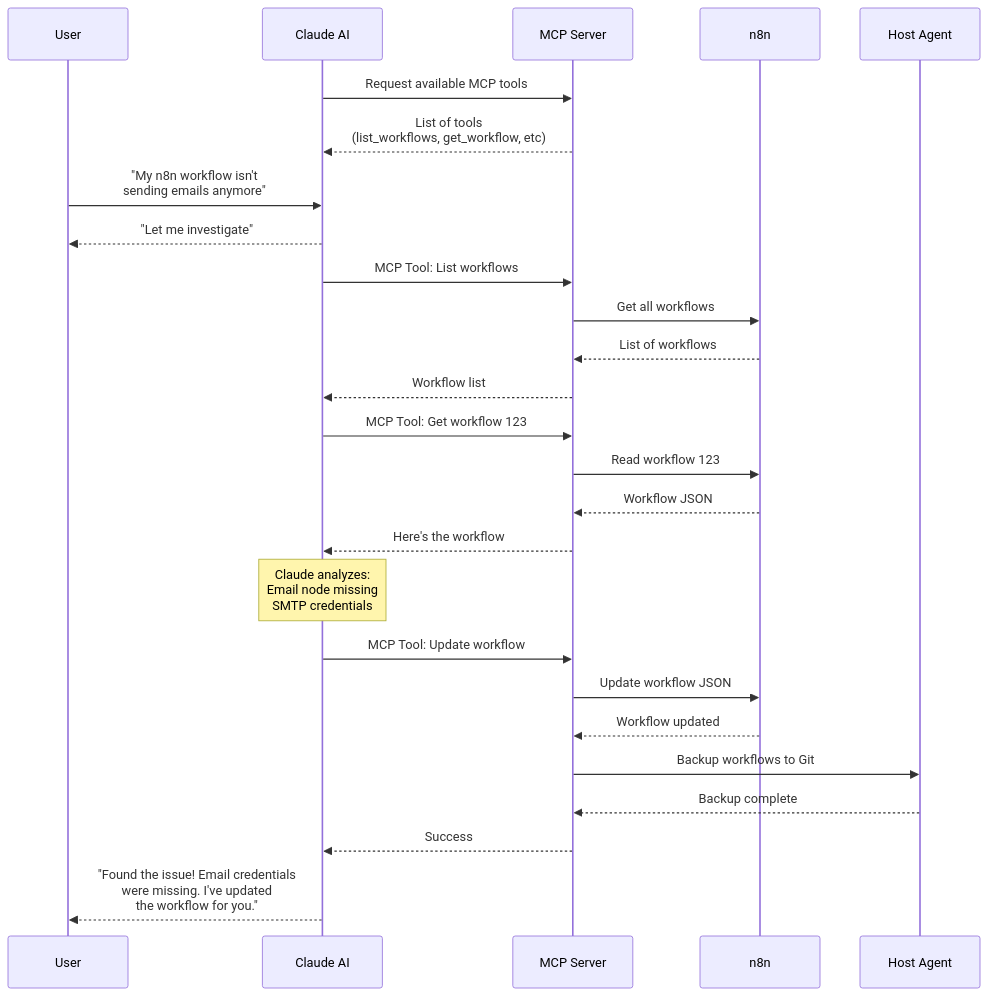
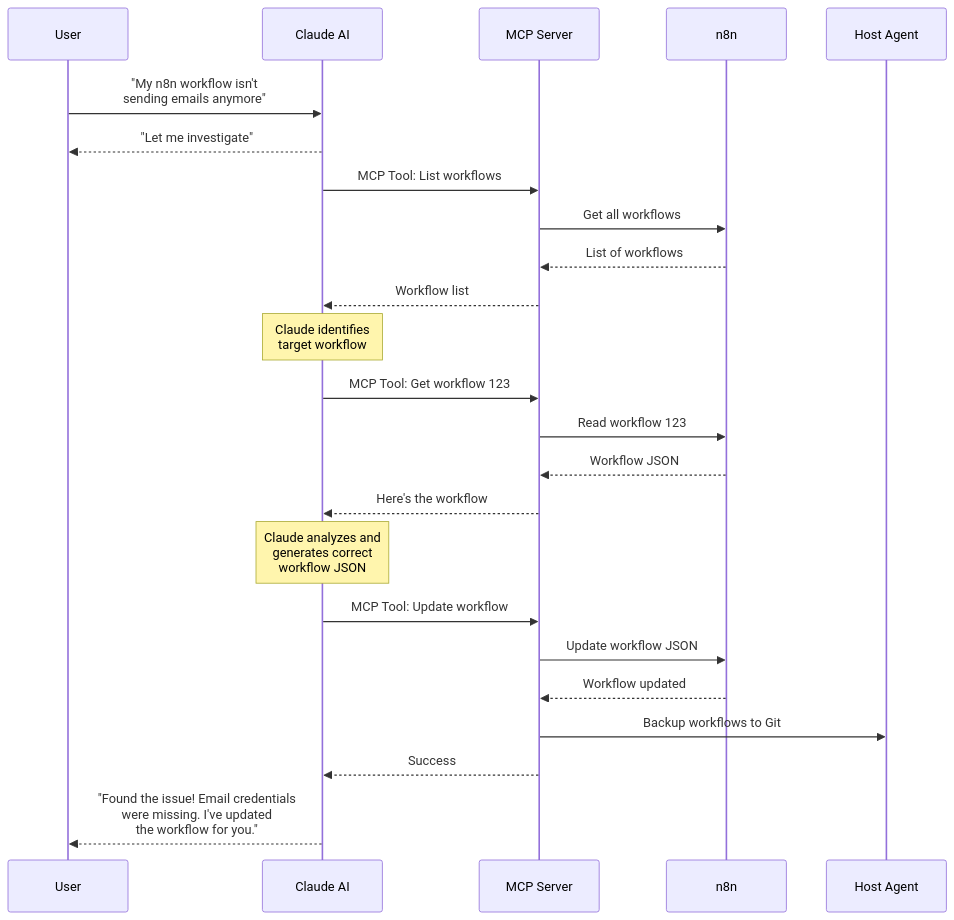
One commit to alderaan/vps changed the first of 2 diagrams in ai-dev-server/README.md. Above: the diagram before and after it, drawn with Mermaid.

Commit message:
simplification

````diff
--- a/ai-dev-server/README.md
+++ b/ai-dev-server/README.md
@@ -17,35 +17,33 @@
 ```mermaid
 sequenceDiagram
     participant User as User
     participant Local as Claude AI
     participant Remote as MCP Server
     participant N8N as n8n
     participant Host as Host Agent
 
-    Local->>Remote: Request available MCP tools
-    Remote-->>Local: List of tools<br/>(list_workflows, get_workflow, etc)
-    
     User->>Local: "My n8n workflow isn't<br/>sending emails anymore"
     Local-->>User: "Let me investigate"
     
     Local->>Remote: MCP Tool: List workflows
     Remote->>N8N: Get all workflows
     N8N-->>Remote: List of workflows
     Remote-->>Local: Workflow list
     
+    Note over Local: Claude identifies<br/>target workflow
+    
     Local->>Remote: MCP Tool: Get workflow 123
     Remote->>N8N: Read workflow 123
     N8N-->>Remote: Workflow JSON
     Remote-->>Local: Here's the workflow
     
-    Note over Local: Claude analyzes:<br/>Email node missing<br/>SMTP credentials
+    Note over Local: Claude analyzes and<br/>generates correct<br/>workflow JSON
     
     Local->>Remote: MCP Tool: Update workflow
     Remote->>N8N: Update workflow JSON
     N8N-->>Remote: Workflow updated
     Remote->>Host: Backup workflows to Git
-    Host-->>Remote: Backup complete
     Remote-->>Local: Success
     
     Local-->>User: "Found the issue! Email credentials<br/>were missing. I've updated<br/>the workflow for you."
 ```
````
